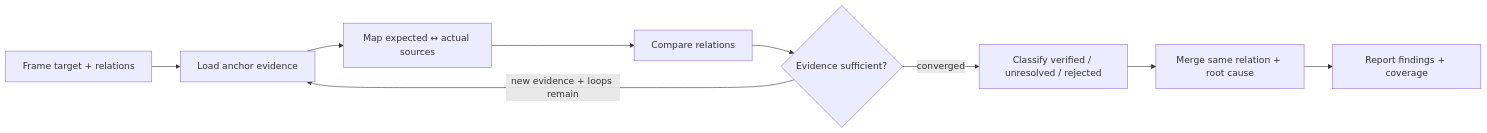
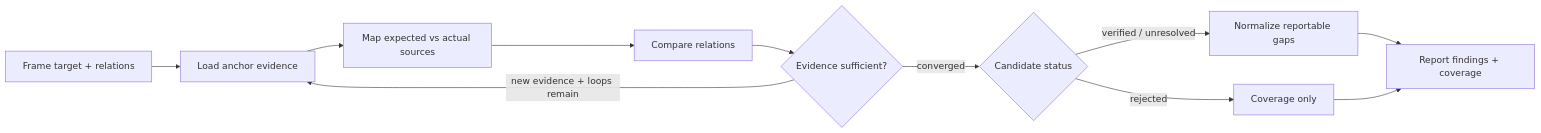
Before and after one commit to mols3131d/hmda-data-reliability: the diagram in .github/agents/artifact-consistency-checker.agent.md, drawn with Mermaid.

Commit message:
docs: refine consistency checker Mermaid states

````diff
--- a/.github/agents/artifact-consistency-checker.agent.md
+++ b/.github/agents/artifact-consistency-checker.agent.md
@@ -77,12 +77,14 @@
 ```mermaid
 flowchart LR
     frame["Frame target + relations"] --> load["Load anchor evidence"]
-    load --> map["Map expected ↔ actual sources"]
+    load --> map["Map expected vs actual sources"]
     map --> compare["Compare relations"]
     compare --> verify{"Evidence sufficient?"}
 
     verify -->|new evidence + loops remain| load
-    verify -->|converged| classify["Classify verified / unresolved / rejected"]
-    classify --> normalize["Merge same relation + root cause"]
+    verify -->|converged| status{"Candidate status"}
+    status -->|verified / unresolved| normalize["Normalize reportable gaps"]
+    status -->|rejected| coverage["Coverage only"]
     normalize --> report["Report findings + coverage"]
+    coverage --> report
 ```
````
